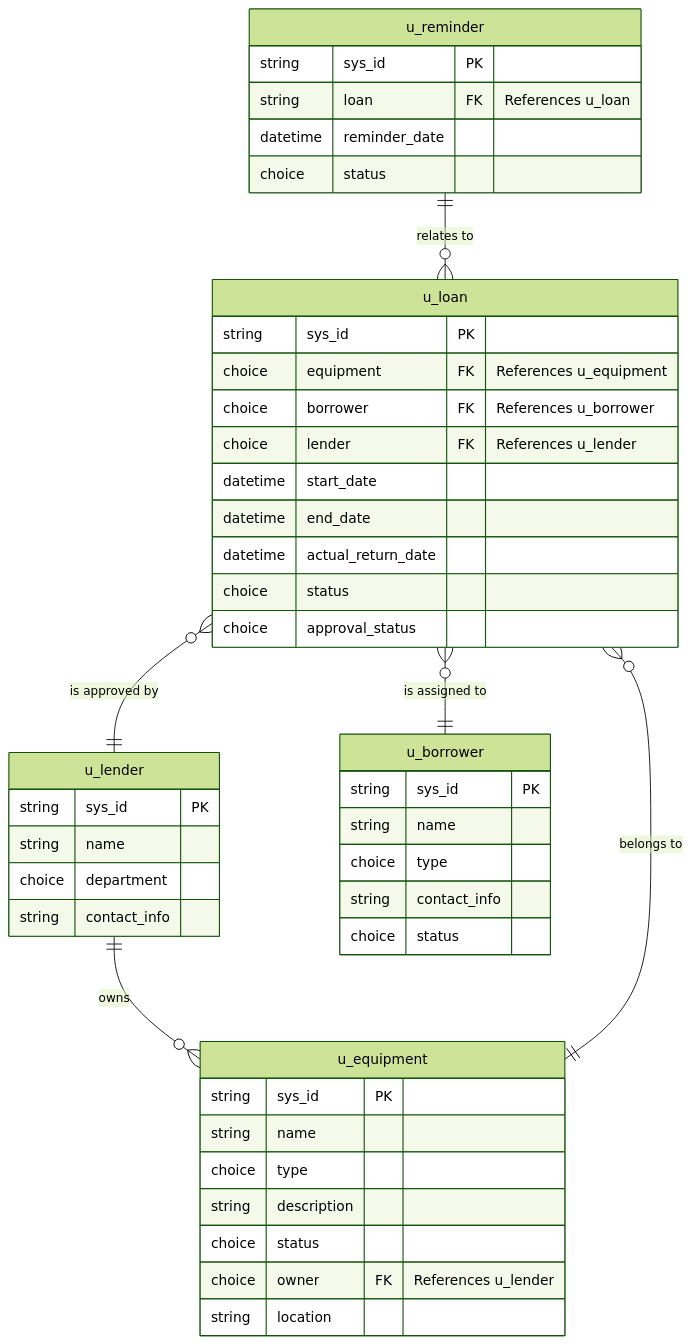
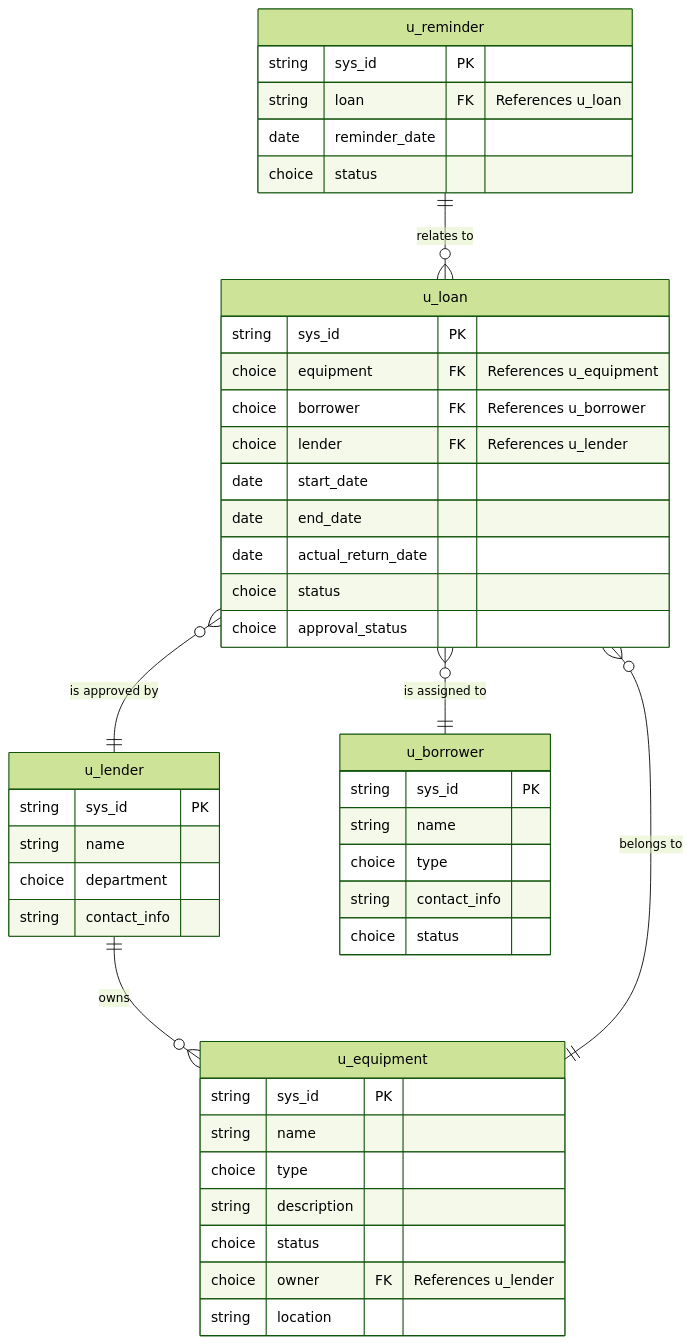
The diagram in datenmodell.md (OutmaAixLara/BorrowNOW), drawn with Mermaid (forest theme) before and after one commit.

Commit message:
Adjusted datamodell

````diff
--- a/datenmodell.md
+++ b/datenmodell.md
@@ -1,55 +1,55 @@
 ```mermaid
 erDiagram
     u_equipment {
         string sys_id PK
         string name
         choice type
         string description
         choice status
         choice owner FK "References u_lender"
         string location
     }
 
     u_lender {
         string sys_id PK
         string name
         choice department
         string contact_info
     }
 
     u_borrower {
         string sys_id PK
         string name
         choice type
         string contact_info
         choice status
     }
 
     u_loan {
         string sys_id PK
         choice equipment FK "References u_equipment"
         choice borrower FK "References u_borrower"
         choice lender FK "References u_lender"
-        datetime start_date
-        datetime end_date
-        datetime actual_return_date
+        date start_date
+        date end_date
+        date actual_return_date
         choice status
         choice approval_status
     }
 
     u_reminder {
         string sys_id PK
         string loan FK "References u_loan"
-        datetime reminder_date
+        date reminder_date
         choice status
     }
 
     %% Relationships
     u_lender ||--o{ u_equipment : "owns"
     u_loan }o--|| u_equipment : "belongs to"
     u_loan }o--|| u_borrower : "is assigned to"
     u_loan }o--|| u_lender : "is approved by"
     u_reminder ||--o{ u_loan : "relates to"
 
 
 ```
````
